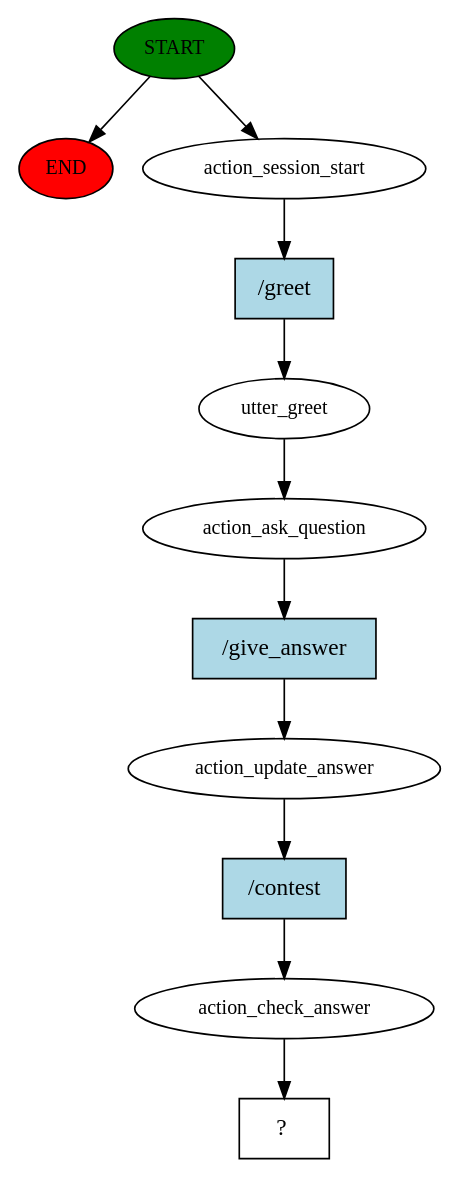
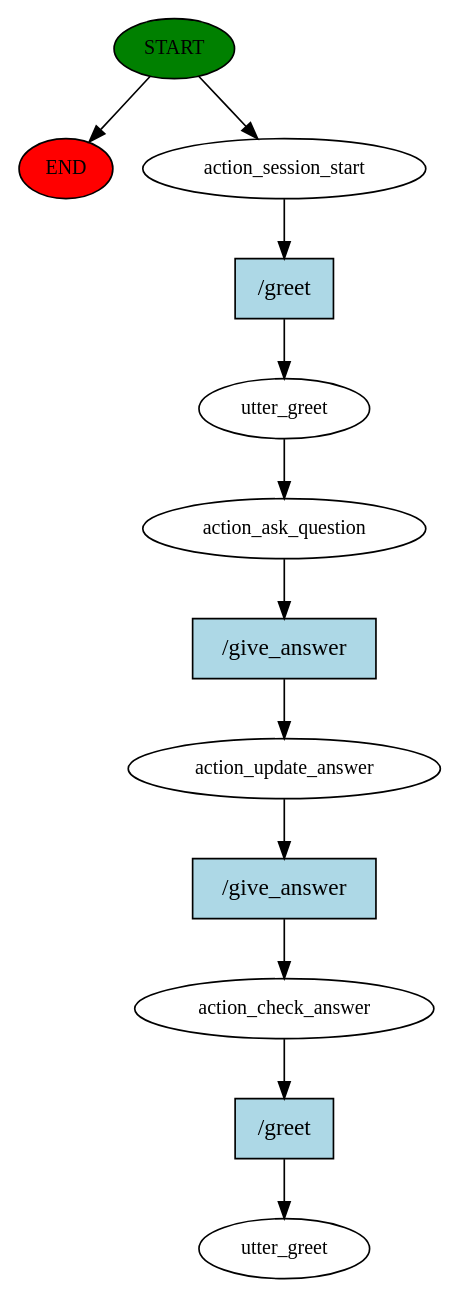
Before and after one commit to ddenley/Multi-Person-Quiz: the diagram in nlu_test/story_graph.dot, drawn with Graphviz. The commit also changed 38 other files, not shown here.

```diff
--- a/nlu_test/story_graph.dot
+++ b/nlu_test/story_graph.dot
@@ -1,23 +1,25 @@
 digraph  {
 0 [class="start active", fillcolor=green, fontsize=12, label=START, style=filled];
 "-1" [class=end, fillcolor=red, fontsize=12, label=END, style=filled];
 1 [class=active, fontsize=12, label=action_session_start];
 2 [class=active, fontsize=12, label=utter_greet];
 3 [class=active, fontsize=12, label=action_ask_question];
 4 [class=active, fontsize=12, label=action_update_answer];
 5 [class=active, fontsize=12, label=action_check_answer];
-6 [class="intent dashed active", label="  ?  ", shape=rect];
+6 [class="dashed active", fontsize=12, label=utter_greet];
 7 [class="intent active", fillcolor=lightblue, label="/greet", shape=rect, style=filled];
 8 [class="intent active", fillcolor=lightblue, label="/give_answer", shape=rect, style=filled];
-9 [class="intent active", fillcolor=lightblue, label="/contest", shape=rect, style=filled];
+9 [class="intent active", fillcolor=lightblue, label="/give_answer", shape=rect, style=filled];
+10 [class="intent active", fillcolor=lightblue, label="/greet", shape=rect, style=filled];
 0 -> "-1"  [class="", key=NONE, label=""];
 0 -> 1  [class=active, key=NONE, label=""];
 1 -> 7  [class=active, key=0];
 2 -> 3  [class=active, key=NONE, label=""];
 3 -> 8  [class=active, key=0];
 4 -> 9  [class=active, key=0];
-5 -> 6  [class=active, key=NONE, label=""];
+5 -> 10  [class=active, key=0];
 7 -> 2  [class=active, key=0];
 8 -> 4  [class=active, key=0];
 9 -> 5  [class=active, key=0];
+10 -> 6  [class=active, key=0];
 }
```
